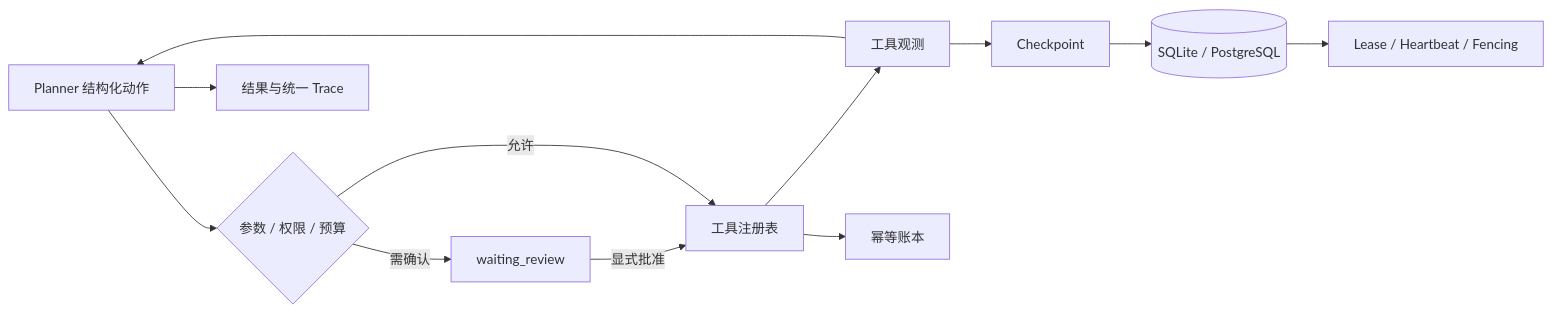
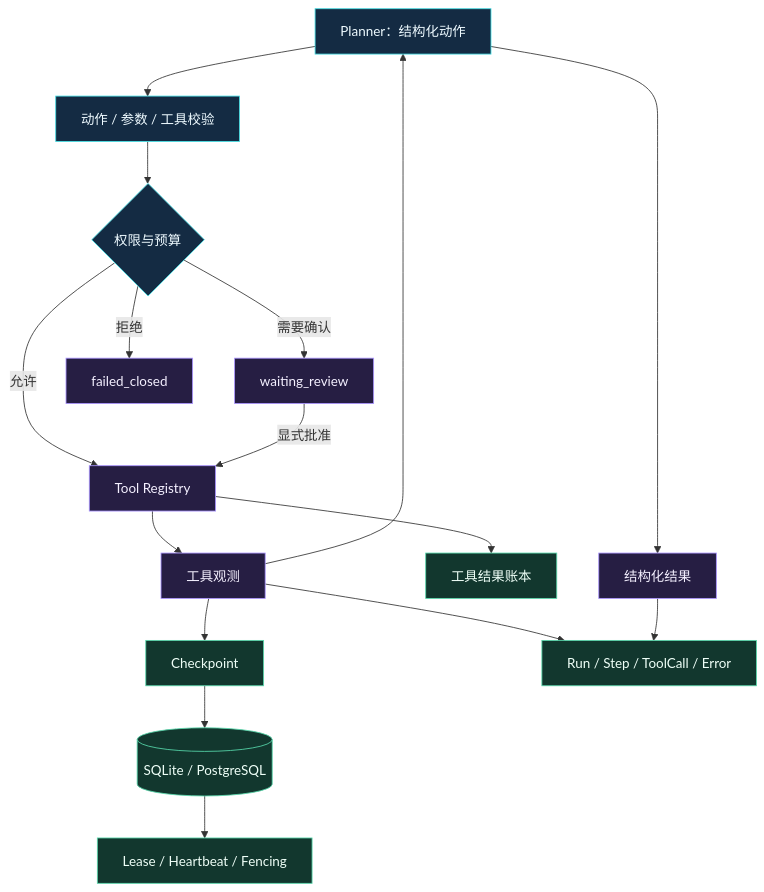
The first of 2 diagrams in README.md (KristenYue/agent-runtime-quality-platform), drawn with Mermaid before and after one commit. The commit also changed other lines of this file, not shown here.

````diff
--- a/README.md
+++ b/README.md
@@ -18,14 +60,29 @@
 ```mermaid
-flowchart LR
-    P[Planner 结构化动作] --> G{参数 / 权限 / 预算}
-    G -->|需确认| H[waiting_review]
-    H -->|显式批准| T[工具注册表]
-    G -->|允许| T
-    T --> O[工具观测]
+flowchart TB
+    P["Planner：结构化动作"] --> V["动作 / 参数 / 工具校验"]
+    V --> G{"权限与预算"}
+    G -->|允许| T["Tool Registry"]
+    G -->|需要确认| H["waiting_review"]
+    H -->|显式批准| T
+    G -->|拒绝| F["failed_closed"]
+
+    T --> O["工具观测"]
     O --> P
-    T --> L[幂等账本]
-    O --> C[Checkpoint]
-    C --> DB[(SQLite / PostgreSQL)]
-    DB --> F[Lease / Heartbeat / Fencing]
-    P --> R[结果与统一 Trace]
+    T --> L["工具结果账本"]
+    O --> C["Checkpoint"]
+
+    C --> DB[("SQLite / PostgreSQL")]
+    DB --> E["Lease / Heartbeat / Fencing"]
+
+    P --> R["结构化结果"]
+    O --> X["Run / Step / ToolCall / Error"]
+    R --> X
+
+    classDef planning fill:#142b43,stroke:#46dfe5,color:#eefaff;
+    classDef execution fill:#261e43,stroke:#aa95ff,color:#f4f0ff;
+    classDef persistence fill:#12372e,stroke:#58d9ac,color:#effff8;
+
+    class P,V,G planning;
+    class T,H,F,O,R execution;
+    class L,C,DB,E,X persistence;
 ```
````
